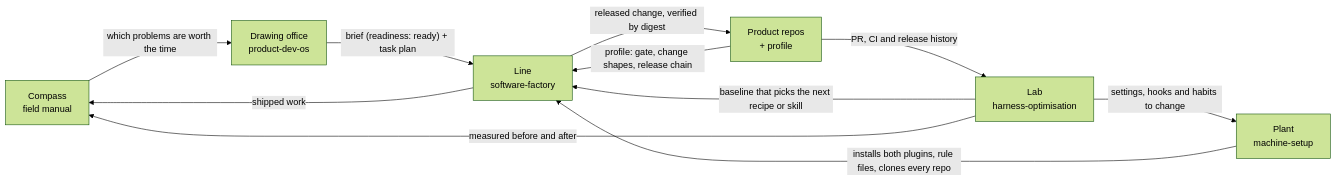
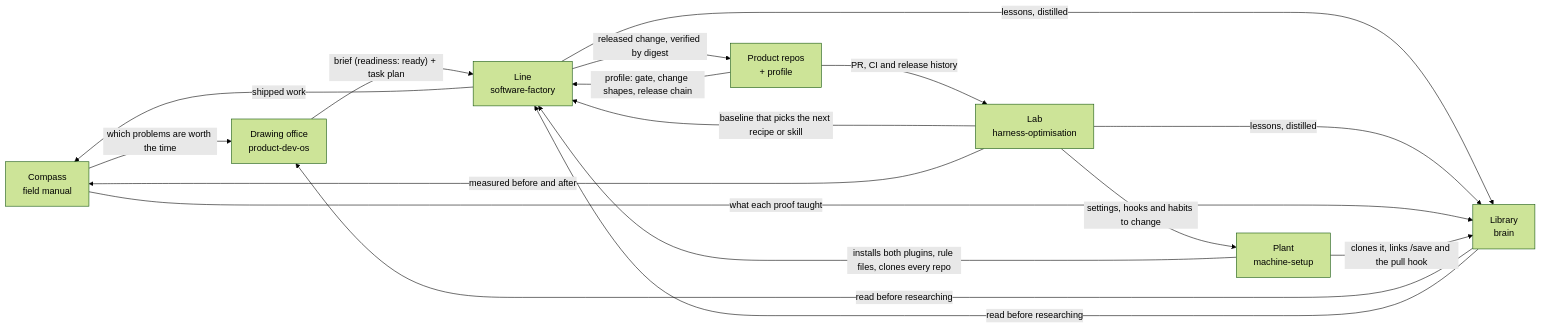
The diagram in docs/system.md (vladamon/software-factory), drawn with Mermaid (forest theme) before and after one commit. The commit also changed other lines of this file and 1 other file, not shown here.

First line of the commit message:
docs(system): add brain as the library, the sixth department

````diff
--- a/docs/system.md
+++ b/docs/system.md
@@ -26,20 +31,27 @@
 ```mermaid
 flowchart LR
   compass[Compass<br/>field manual]
   office[Drawing office<br/>product-dev-os]
   line[Line<br/>software-factory]
   product[Product repos<br/>+ profile]
   lab[Lab<br/>harness-optimisation]
   plant[Plant<br/>machine-setup]
+  library[Library<br/>brain]
 
   compass -- which problems are worth the time --> office
   office -- "brief (readiness: ready) + task plan" --> line
   line -- released change, verified by digest --> product
   product -- profile: gate, change shapes, release chain --> line
   product -- PR, CI and release history --> lab
   lab -- baseline that picks the next recipe or skill --> line
   lab -- settings, hooks and habits to change --> plant
   plant -- installs both plugins, rule files, clones every repo --> line
   line -- shipped work --> compass
   lab -- measured before and after --> compass
+  line -- lessons, distilled --> library
+  lab -- lessons, distilled --> library
+  compass -- what each proof taught --> library
+  library -- read before researching --> office
+  library -- read before researching --> line
+  plant -- clones it, links /save and the pull hook --> library
 ```
````
